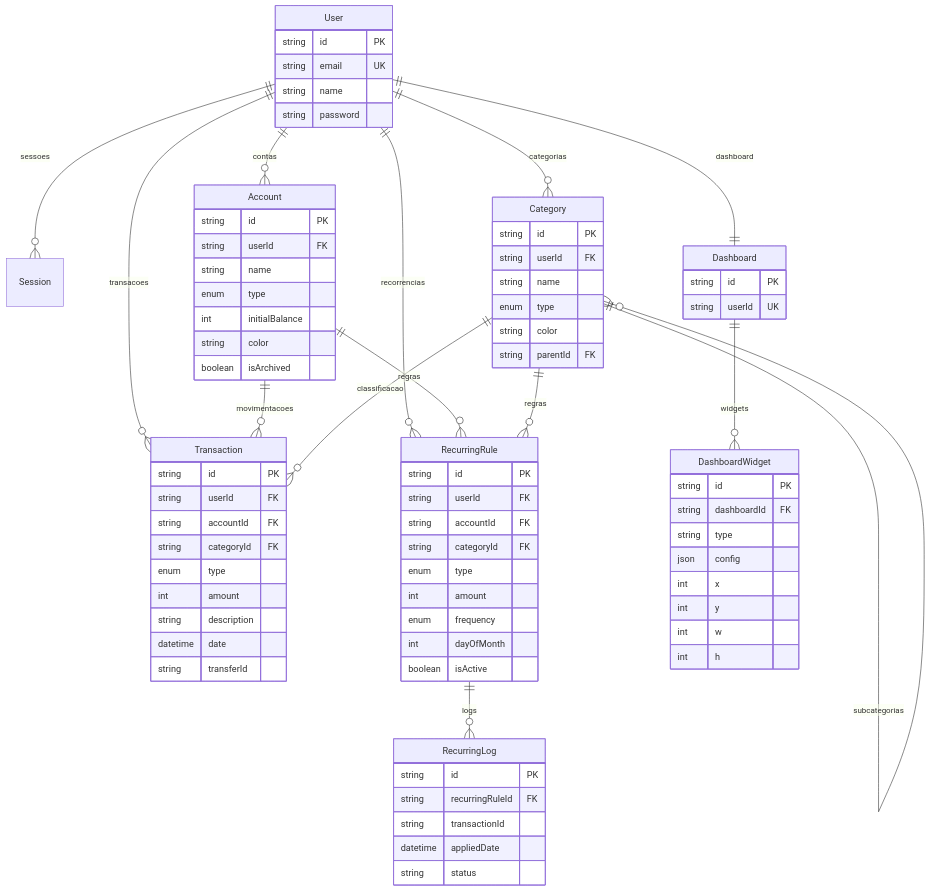
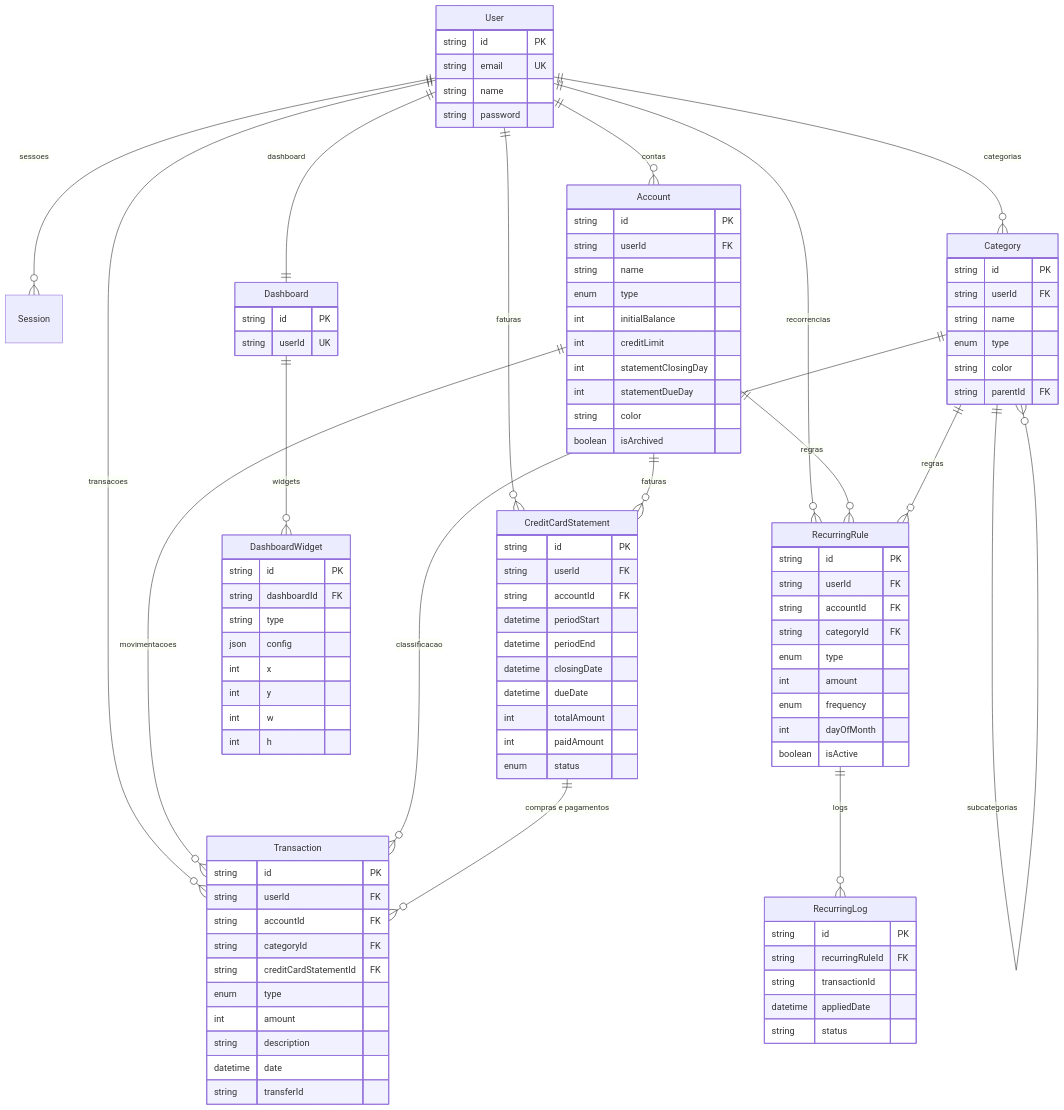
One commit to Senavictors/Finance-Controller changed the second of 2 diagrams in README.md. Above: the diagram before and after it, drawn with Mermaid. The commit also changed other lines of this file and 7 other files, not shown here.

```diff
--- a/README.md
+++ b/README.md
@@ -239,11 +242,14 @@
     User ||--o{ Account : "contas"
     User ||--o{ Category : "categorias"
     User ||--o{ Transaction : "transacoes"
+    User ||--o{ CreditCardStatement : "faturas"
     User ||--|| Dashboard : "dashboard"
     User ||--o{ RecurringRule : "recorrencias"
     Account ||--o{ Transaction : "movimentacoes"
+    Account ||--o{ CreditCardStatement : "faturas"
     Category ||--o{ Transaction : "classificacao"
     Category ||--o{ Category : "subcategorias"
+    CreditCardStatement ||--o{ Transaction : "compras e pagamentos"
     Dashboard ||--o{ DashboardWidget : "widgets"
     RecurringRule ||--o{ RecurringLog : "logs"
     Account ||--o{ RecurringRule : "regras"
@@ -262,6 +268,9 @@
         string name
         enum type
         int initialBalance
+        int creditLimit
+        int statementClosingDay
+        int statementDueDay
         string color
         boolean isArchived
     }
@@ -280,11 +289,25 @@
         string userId FK
         string accountId FK
         string categoryId FK
+        string creditCardStatementId FK
         enum type
         int amount
         string description
         datetime date
         string transferId
+    }
+
+    CreditCardStatement {
+        string id PK
+        string userId FK
+        string accountId FK
+        datetime periodStart
+        datetime periodEnd
+        datetime closingDate
+        datetime dueDate
+        int totalAmount
+        int paidAmount
+        enum status
     }
 
     RecurringRule {
```
